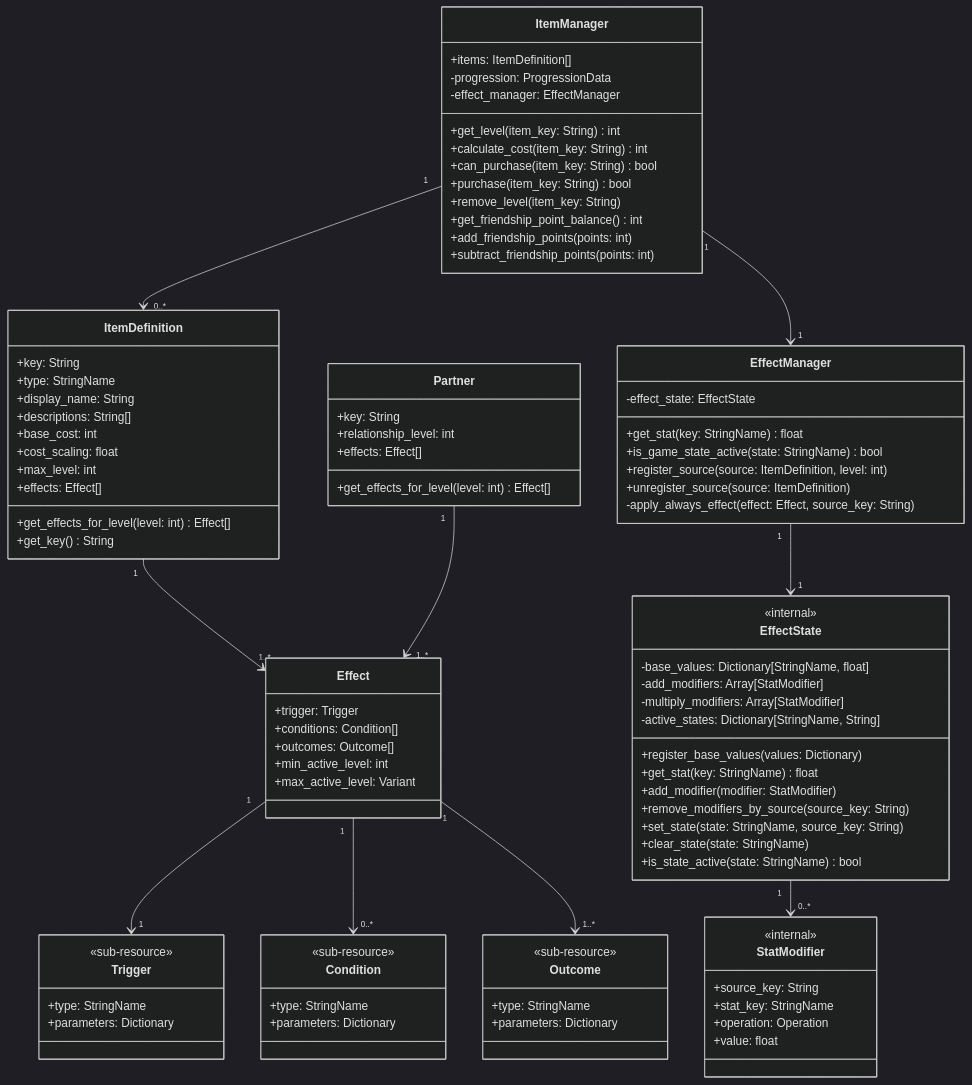
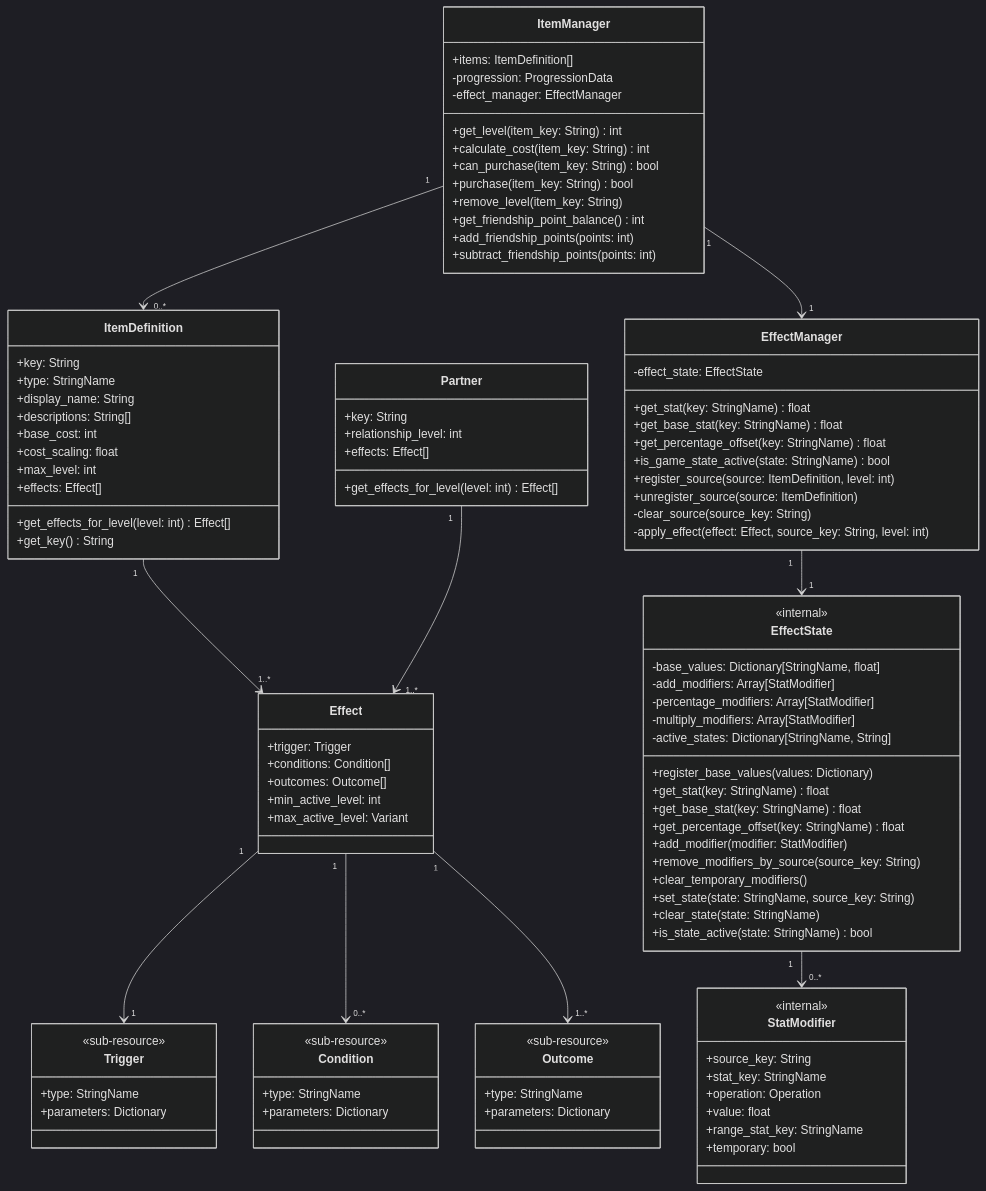
The first of 10 diagrams in designs/01-prototype/04-effect-system.md (shuck-dev/volley), drawn with Mermaid (dark theme) before and after one commit. The commit also changed other lines of this file, not shown here.

```diff
--- a/designs/01-prototype/04-effect-system.md
+++ b/designs/01-prototype/04-effect-system.md
@@ -77,22 +77,29 @@
     class EffectManager {
         -effect_state: EffectState
         +get_stat(key: StringName) float
+        +get_base_stat(key: StringName) float
+        +get_percentage_offset(key: StringName) float
         +is_game_state_active(state: StringName) bool
         +register_source(source: ItemDefinition, level: int)
         +unregister_source(source: ItemDefinition)
-        -apply_always_effect(effect: Effect, source_key: String)
+        -clear_source(source_key: String)
+        -apply_effect(effect: Effect, source_key: String, level: int)
     }
 
     class EffectState {
         <<internal>>
         -base_values: Dictionary[StringName, float]
         -add_modifiers: Array[StatModifier]
+        -percentage_modifiers: Array[StatModifier]
         -multiply_modifiers: Array[StatModifier]
         -active_states: Dictionary[StringName, String]
         +register_base_values(values: Dictionary)
         +get_stat(key: StringName) float
+        +get_base_stat(key: StringName) float
+        +get_percentage_offset(key: StringName) float
         +add_modifier(modifier: StatModifier)
         +remove_modifiers_by_source(source_key: String)
+        +clear_temporary_modifiers()
         +set_state(state: StringName, source_key: String)
         +clear_state(state: StringName)
         +is_state_active(state: StringName) bool
@@ -104,6 +111,8 @@
         +stat_key: StringName
         +operation: Operation
         +value: float
+        +range_stat_key: StringName
+        +temporary: bool
     }
 
     ItemManager "1" --> "0..*" ItemDefinition
```
